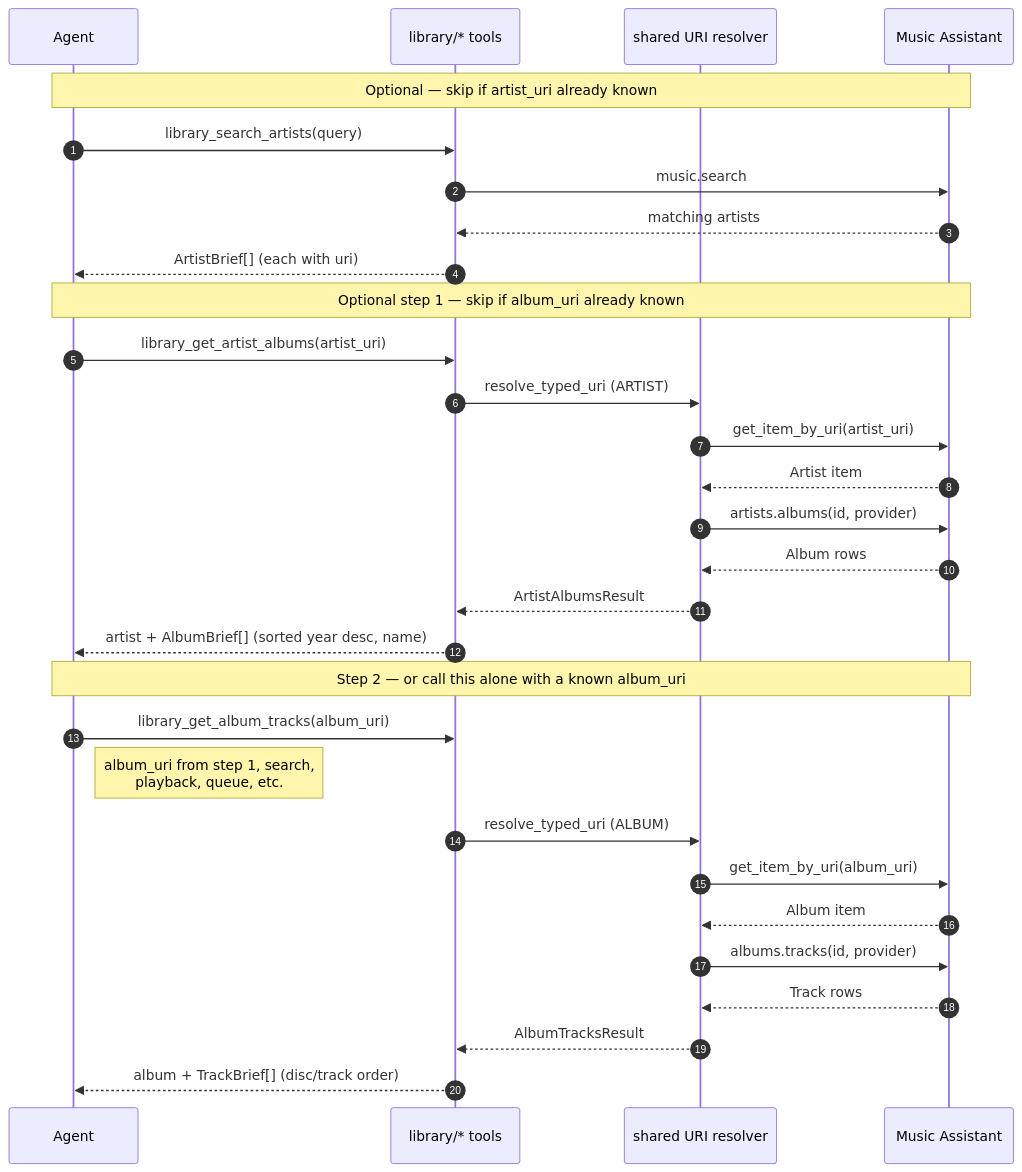
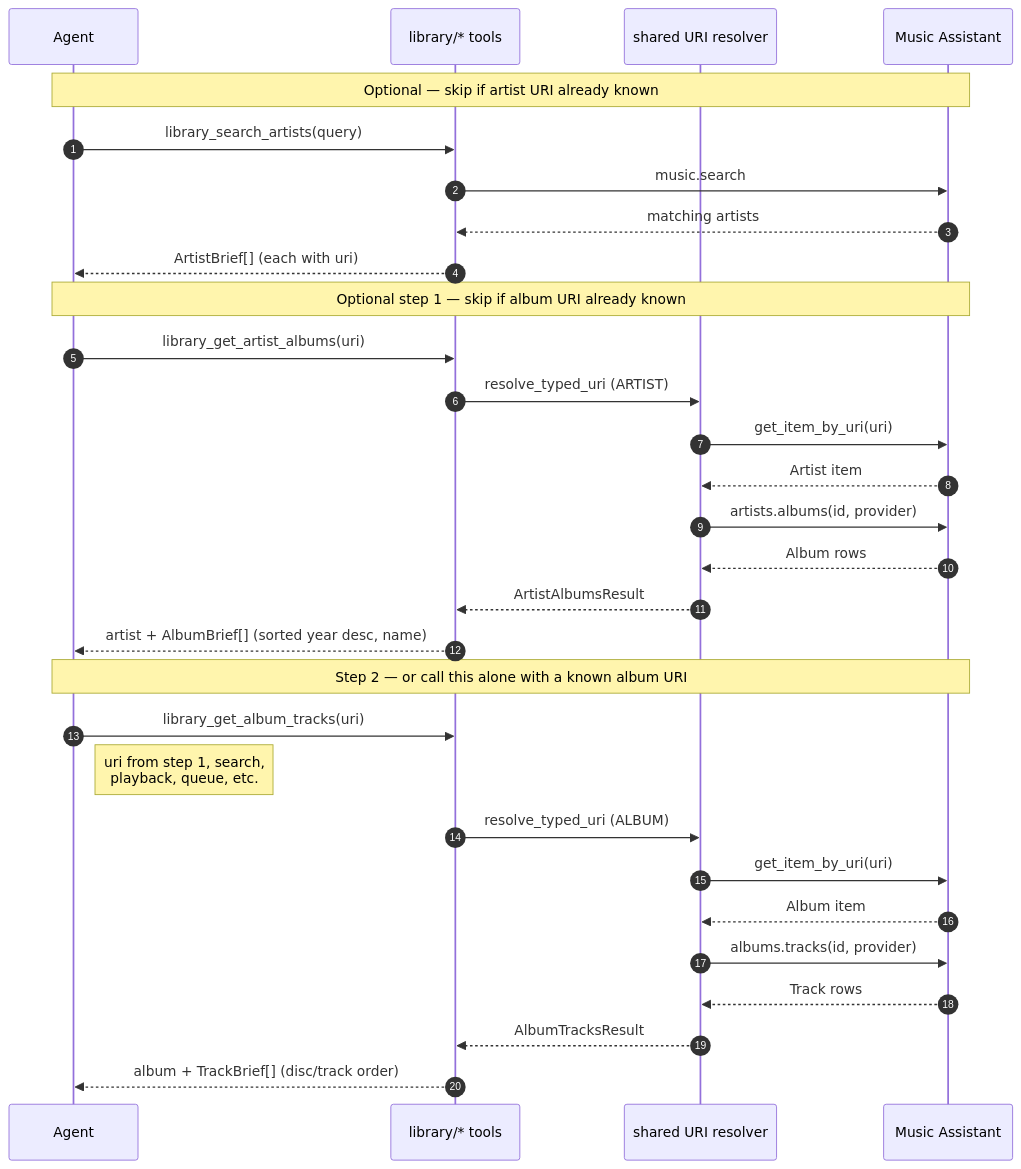
The diagram in specs/inprogress/0010-library-uri-drilldown.md (steamEngineer/ma-provider-mcp), drawn with Mermaid before and after one commit. The commit also changed other lines of this file and 2 other files, not shown here.

Commit message:
fix: align drill-down library tools to uri param
Rename artist_uri/album_uri to uri on library_get_artist_albums and
library_get_album_tracks so agents can pass URIs from search results
without validation errors. Update spec 0010 sequence diagram to match.

````diff
--- a/specs/inprogress/0010-library-uri-drilldown.md
+++ b/specs/inprogress/0010-library-uri-drilldown.md
@@ -56,35 +55,35 @@
 ```mermaid
 sequenceDiagram
     autonumber
     participant Agent
     participant Library as library/* tools
     participant Common as shared URI resolver
     participant MA as Music Assistant
 
-    Note over Agent,MA: Optional — skip if artist_uri already known
+    Note over Agent,MA: Optional — skip if artist URI already known
     Agent->>Library: library_search_artists(query)
     Library->>MA: music.search
     MA-->>Library: matching artists
     Library-->>Agent: ArtistBrief[] (each with uri)
 
-    Note over Agent,MA: Optional step 1 — skip if album_uri already known
-    Agent->>Library: library_get_artist_albums(artist_uri)
+    Note over Agent,MA: Optional step 1 — skip if album URI already known
+    Agent->>Library: library_get_artist_albums(uri)
     Library->>Common: resolve_typed_uri (ARTIST)
-    Common->>MA: get_item_by_uri(artist_uri)
+    Common->>MA: get_item_by_uri(uri)
     MA-->>Common: Artist item
     Common->>MA: artists.albums(id, provider)
     MA-->>Common: Album rows
     Common-->>Library: ArtistAlbumsResult
     Library-->>Agent: artist + AlbumBrief[] (sorted year desc, name)
 
-    Note over Agent,MA: Step 2 — or call this alone with a known album_uri
-    Agent->>Library: library_get_album_tracks(album_uri)
-    Note right of Agent: album_uri from step 1, search,<br/>playback, queue, etc.
+    Note over Agent,MA: Step 2 — or call this alone with a known album URI
+    Agent->>Library: library_get_album_tracks(uri)
+    Note right of Agent: uri from step 1, search,<br/>playback, queue, etc.
     Library->>Common: resolve_typed_uri (ALBUM)
-    Common->>MA: get_item_by_uri(album_uri)
+    Common->>MA: get_item_by_uri(uri)
     MA-->>Common: Album item
     Common->>MA: albums.tracks(id, provider)
     MA-->>Common: Track rows
     Common-->>Library: AlbumTracksResult
     Library-->>Agent: album + TrackBrief[] (disc/track order)
 ```
````
